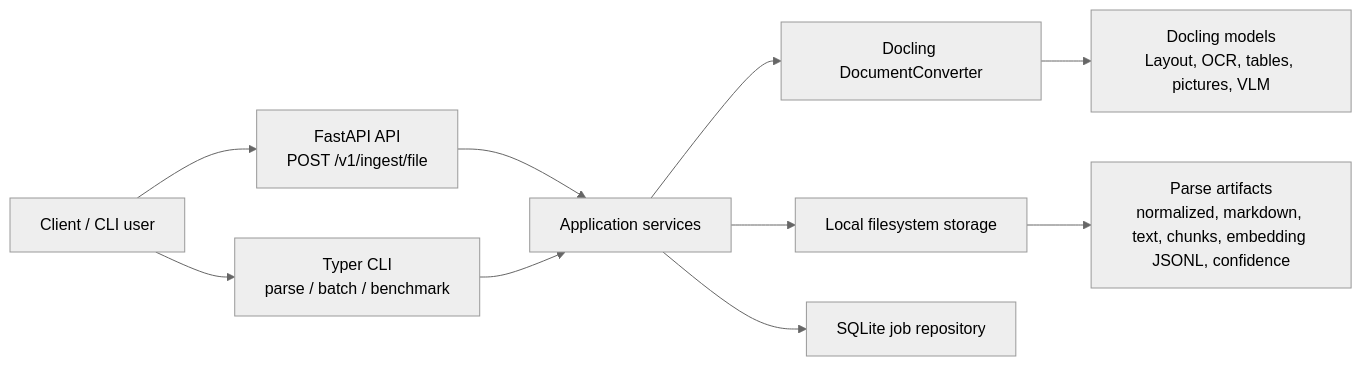
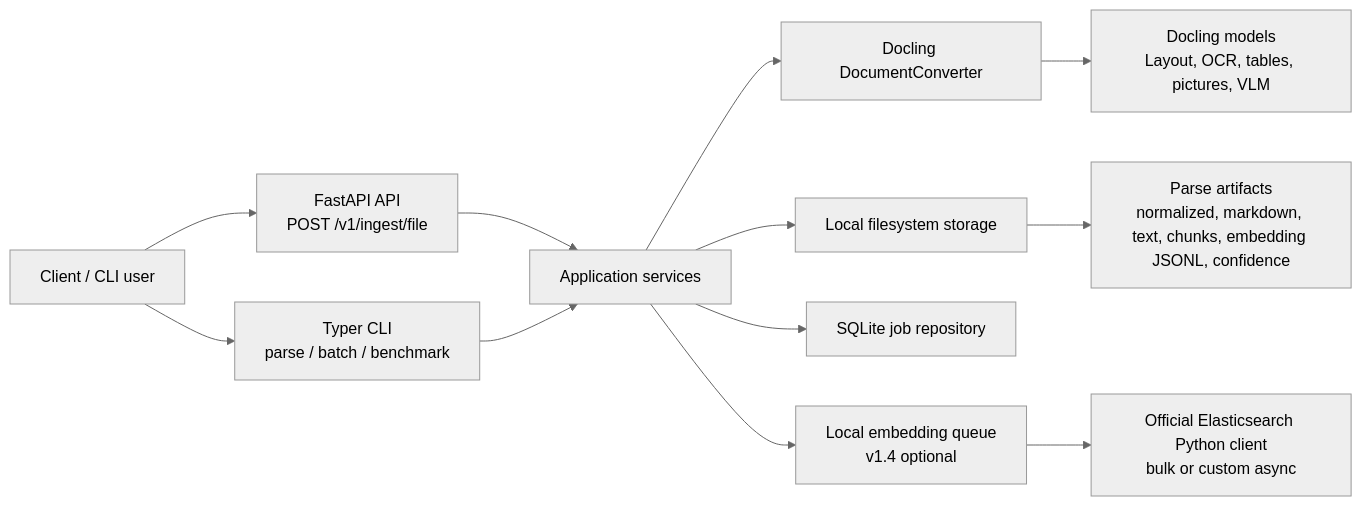
Before and after one commit to alrolo3/ingest-orquestator-service: the first of 7 diagrams in docs/architecture-diagram.md, drawn with Mermaid (neutral theme). The commit also changed other lines of this file and 35 other files, not shown here.

Commit message:
Implement elastic embedding handoff

````diff
--- a/docs/architecture-diagram.md
+++ b/docs/architecture-diagram.md
@@ -7,15 +7,17 @@
 ```mermaid
 flowchart LR
     User["Client / CLI user"] --> API["FastAPI API<br/>POST /v1/ingest/file"]
     User --> CLI["Typer CLI<br/>parse / batch / benchmark"]
 
     API --> App["Application services"]
     CLI --> App
 
     App --> Docling["Docling DocumentConverter"]
     App --> Storage["Local filesystem storage"]
     App --> Jobs["SQLite job repository"]
+    App --> Queue["Local embedding queue<br/>v1.4 optional"]
+    Queue --> Elastic["Official Elasticsearch Python client<br/>bulk or custom async"]
 
     Docling --> Models["Docling models<br/>Layout, OCR, tables, pictures, VLM"]
     Storage --> Outputs["Parse artifacts<br/>normalized, markdown, text, chunks, embedding JSONL, confidence"]
 ```
````
